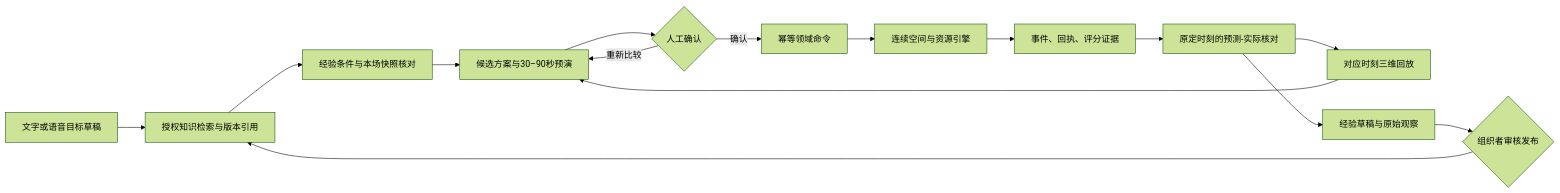
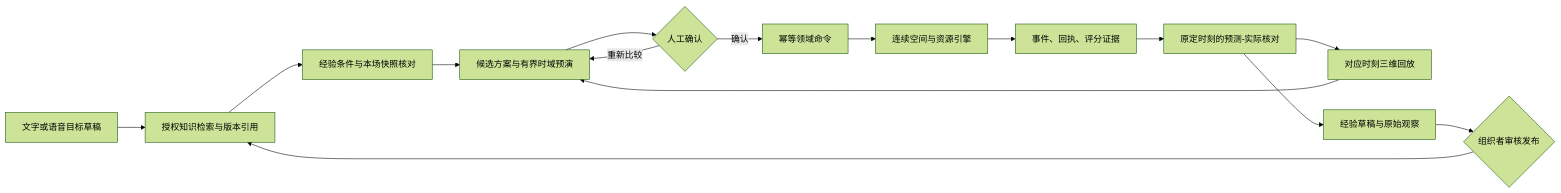
Before and after one commit to Felix-lxx/zhiyan-anxiang: the third of 3 diagrams in docs/architecture/README.md, drawn with Mermaid (forest theme). The commit also changed other lines of this file and 126 other files, not shown here.

````diff
--- a/docs/architecture/README.md
+++ b/docs/architecture/README.md
@@ -118,17 +118,17 @@
 ```mermaid
 flowchart LR
     Goal[文字或语音目标草稿] --> Knowledge[授权知识检索与版本引用]
     Knowledge --> Conditions[经验条件与本场快照核对]
-    Conditions --> Candidate[候选方案与30–90秒预演]
+    Conditions --> Candidate[候选方案与有界时域预演]
     Candidate --> Confirm{人工确认}
     Confirm -->|确认| Commands[幂等领域命令]
     Confirm -->|重新比较| Candidate
     Commands --> Engine[连续空间与资源引擎]
     Engine --> Evidence[事件、回执、评分证据]
     Evidence --> Outcome[原定时刻的预测-实际核对]
     Outcome --> Replay[对应时刻三维回放]
     Replay --> Candidate
     Outcome --> Draft[经验草稿与原始观察]
     Draft --> Review{组织者审核发布}
     Review --> Knowledge
 ```
````
